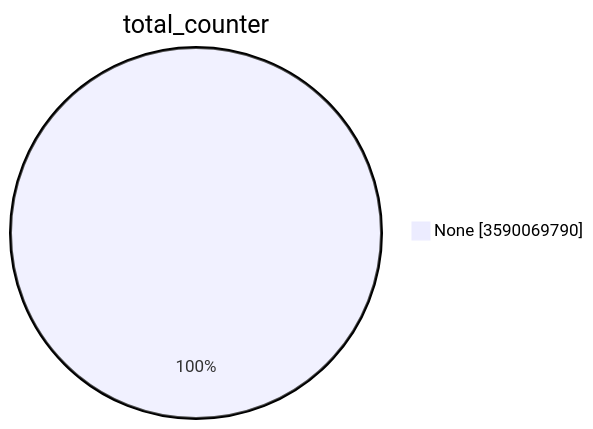
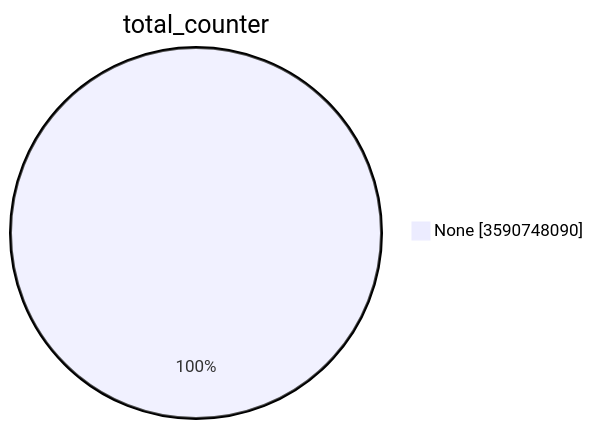
Before and after one commit to christiankrug/ctmonitor_visualization: the first of 15 diagrams in TOTAL/README.md, drawn with Mermaid. The commit also changed other lines of this file, not shown here.

````diff
--- a/TOTAL/README.md
+++ b/TOTAL/README.md
@@ -1,5 +1,5 @@
 ```mermaid
 pie showData
 title total_counter
-"None" :3590069790
+"None" :3590748090
 ```
````
